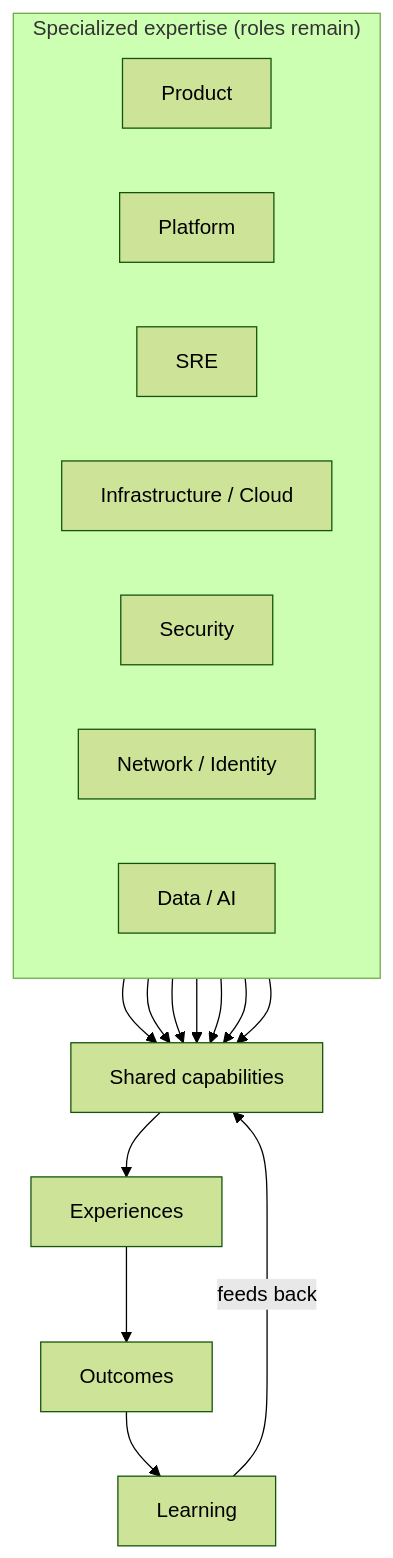
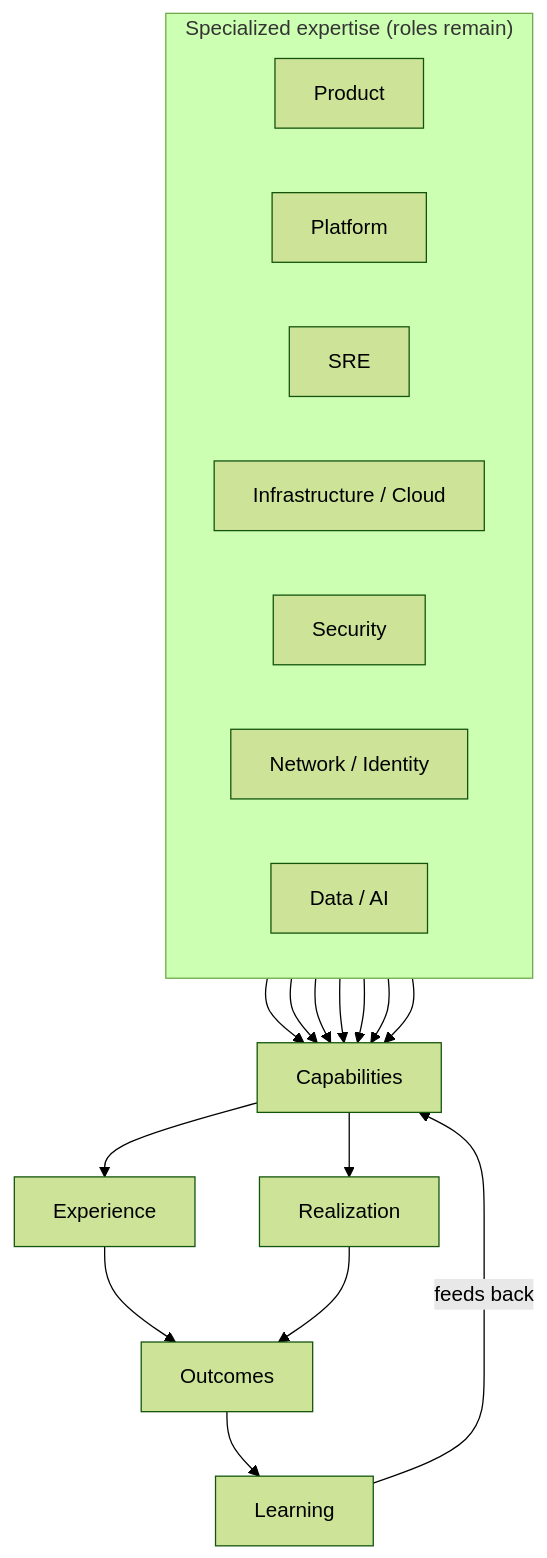
Before and after one commit to opsdevcode/convergence: the diagram in diagrams/converged-engineering-model.md, drawn with Mermaid (forest theme). The commit also changed other lines of this file and 58 other files, not shown here.

First line of the commit message:
docs: formalize intent, capability, experience, and realization

````diff
--- a/diagrams/converged-engineering-model.md
+++ b/diagrams/converged-engineering-model.md
@@ -9,30 +9,33 @@
 ```mermaid
 flowchart TB
   subgraph specialties["Specialized expertise (roles remain)"]
     direction LR
     Product["Product"]
     Platform["Platform"]
     SRE["SRE"]
     Infra["Infrastructure / Cloud"]
     Sec["Security"]
     Net["Network / Identity"]
     DataAI["Data / AI"]
   end
 
-  Caps["Shared capabilities"]
-  Exp["Experiences"]
+  Caps["Capabilities"]
+  Exp["Experience"]
+  Real["Realization"]
   Out["Outcomes"]
   Learn["Learning"]
 
   Product --> Caps
   Platform --> Caps
   SRE --> Caps
   Infra --> Caps
   Sec --> Caps
   Net --> Caps
   DataAI --> Caps
   Caps --> Exp
+  Caps --> Real
   Exp --> Out
+  Real --> Out
   Out --> Learn
   Learn -->|"feeds back"| Caps
 ```
````
